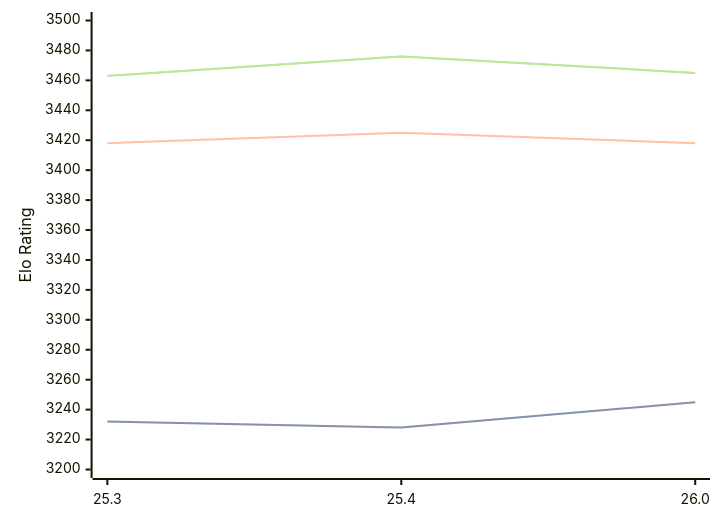
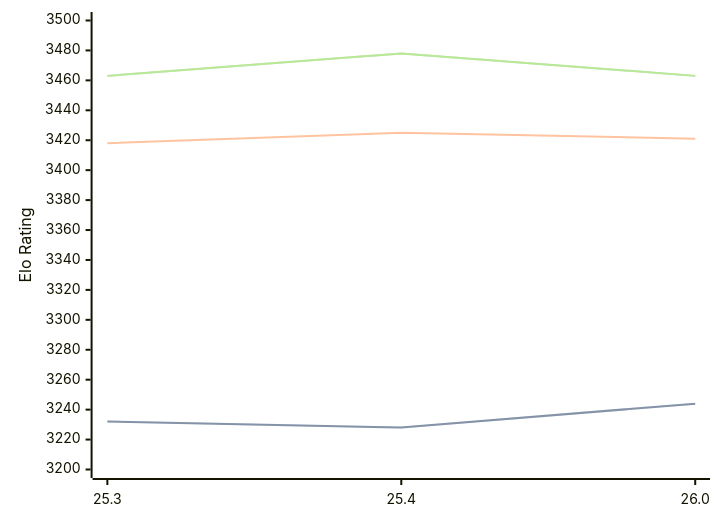
The diagram in engines/Arasan.md (computer-chess-index/cci), drawn with Mermaid before and after one commit. The commit also changed other lines of this file, not shown here.

Commit message:
Update CCI Ratings (ELO VLTC) - 2026-07-30

````diff
--- a/engines/Arasan.md
+++ b/engines/Arasan.md
@@ -34,11 +34,11 @@
 ```mermaid
 %%{init: {"theme":"base","themeVariables":{"seriesColors:['#a3a3a3','#222221','#faa371']}}}%%
 xychart-beta
   x-axis ["25.3", "25.4", "26.0"]
   y-axis "Elo Rating" 3200 --> 3500
-  line "STC (8.0+0.08s)" [3232, 3228, 3245]
-  line "STC (8.0+0.08s)" [3232, 3228, 3245]
-  line "LTC (60.0+0.60s)" [3418, 3425, 3418]
-  line "VLTC (2m24s+1.12s)" [3463, 3476, 3465]
-  line "VLTC (2m24s+1.12s)" [3463, 3476, 3465]
+  line "STC (8.0+0.08s)" [3232, 3228, 3244]
+  line "STC (8.0+0.08s)" [3232, 3228, 3244]
+  line "LTC (60.0+0.60s)" [3418, 3425, 3421]
+  line "VLTC (2m24s+1.12s)" [3463, 3478, 3463]
+  line "VLTC (2m24s+1.12s)" [3463, 3478, 3463]
 ```
````
